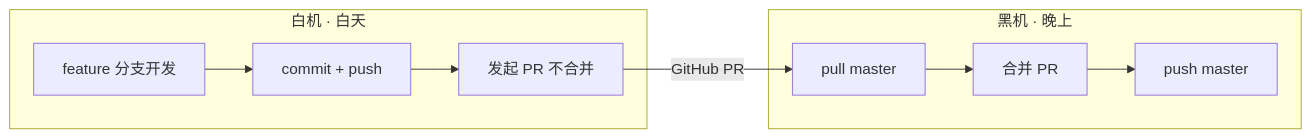
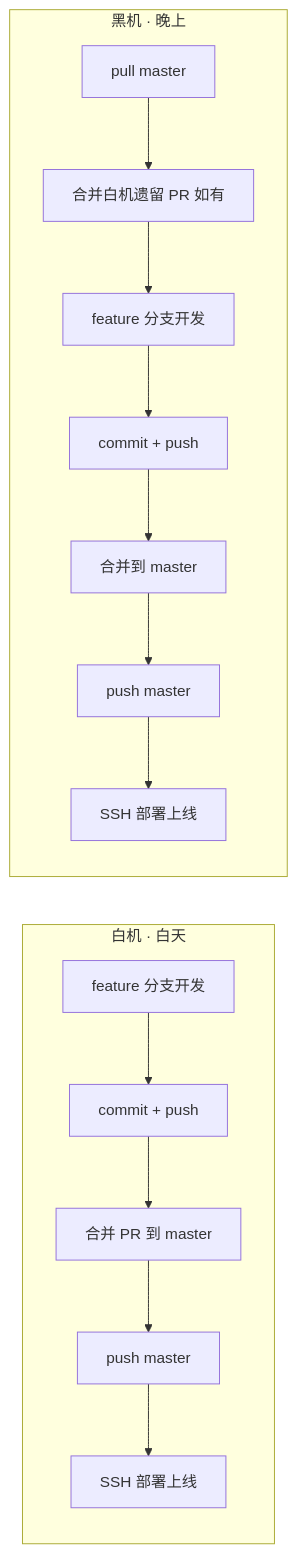
Before and after one commit to chen136523510/nandexueyuan: the diagram in .ai/handoff.md, drawn with Mermaid. The commit also changed other lines of this file and 1 other file, not shown here.

Commit message:
chore: 更新协作规则-两机能力对等均可合并部署

````diff
--- a/.ai/handoff.md
+++ b/.ai/handoff.md
@@ -11,12 +11,17 @@
 ```mermaid
 flowchart LR
     subgraph 白机[白机 · 白天]
         A[feature 分支开发] --> B[commit + push]
-        B --> C[发起 PR 不合并]
+        B --> C[合并 PR 到 master]
+        C --> D[push master]
+        D --> E[SSH 部署上线]
     end
     subgraph 黑机[黑机 · 晚上]
-        D[pull master] --> E[合并 PR]
-        E --> F[push master]
+        F[pull master] --> G[合并白机遗留 PR 如有]
+        G --> H[feature 分支开发]
+        H --> I[commit + push]
+        I --> J[合并到 master]
+        J --> K[push master]
+        K --> L[SSH 部署上线]
     end
-    C -->|GitHub PR| D
 ```
````
